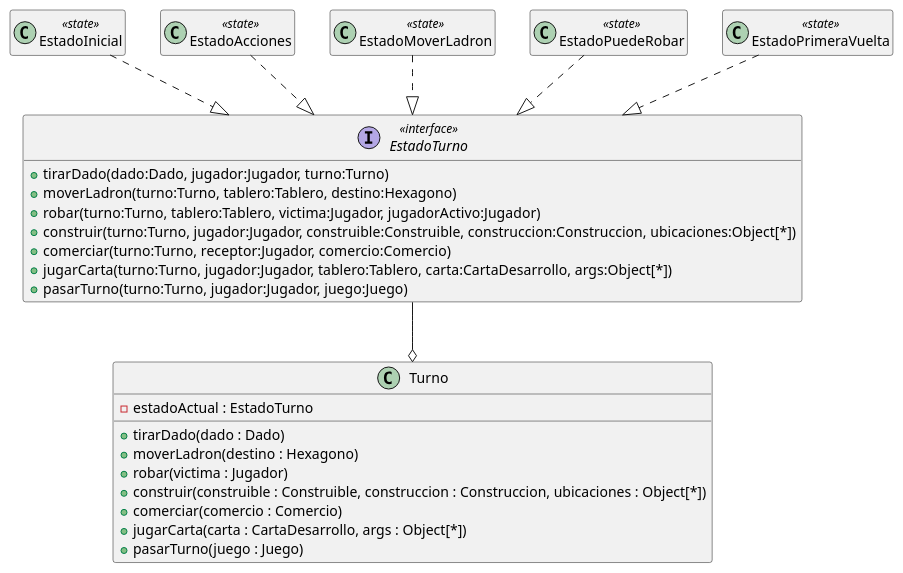
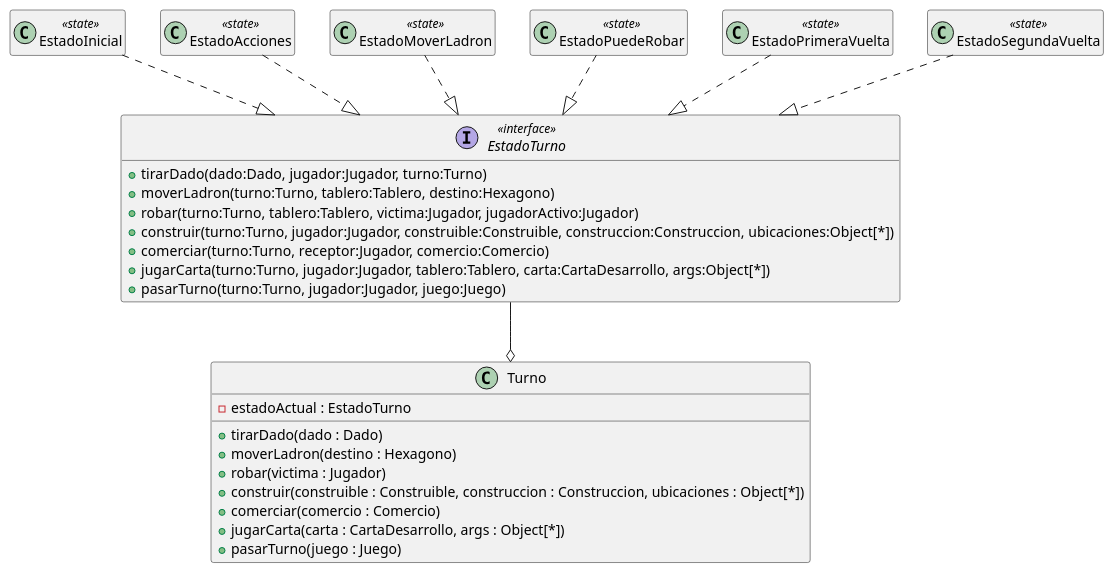
Before and after one commit to alejandrodelcs/tp2-algo3: the diagram in diagrams/classes/dc-turno-state.puml, drawn with PlantUML. The commit also changed 4 other files, not shown here.

```diff
--- a/diagrams/classes/dc-turno-state.puml
+++ b/diagrams/classes/dc-turno-state.puml
@@ -1,46 +1,47 @@
 @startuml
 
 hide empty members
 
 
 
 class Turno {
     - estadoActual : EstadoTurno
     + tirarDado(dado : Dado)
     + moverLadron(destino : Hexagono)
     + robar(victima : Jugador)
     + construir(construible : Construible, construccion : Construccion, ubicaciones : Object[*])
     + comerciar(comercio : Comercio)
     + jugarCarta(carta : CartaDesarrollo, args : Object[*])
     + pasarTurno(juego : Juego)
 }
 
 
 
 interface EstadoTurno <<interface>> {
     + tirarDado(dado:Dado, jugador:Jugador, turno:Turno)
     + moverLadron(turno:Turno, tablero:Tablero, destino:Hexagono)
     + robar(turno:Turno, tablero:Tablero, victima:Jugador, jugadorActivo:Jugador)
     + construir(turno:Turno, jugador:Jugador, construible:Construible, construccion:Construccion, ubicaciones:Object[*])
     + comerciar(turno:Turno, receptor:Jugador, comercio:Comercio)
     + jugarCarta(turno:Turno, jugador:Jugador, tablero:Tablero, carta:CartaDesarrollo, args:Object[*])
     + pasarTurno(turno:Turno, jugador:Jugador, juego:Juego)
 }
 
 
 class EstadoInicial <<state>>
 class EstadoAcciones <<state>>
 class EstadoMoverLadron <<state>>
 class EstadoPuedeRobar <<state>>
 class EstadoPrimeraVuelta <<state>>
-
+class EstadoSegundaVuelta <<state>>
 
 EstadoTurno --o Turno
 
 EstadoInicial ..|> EstadoTurno
 EstadoAcciones ..|> EstadoTurno
 EstadoMoverLadron ..|> EstadoTurno
 EstadoPuedeRobar ..|> EstadoTurno
 EstadoPrimeraVuelta ..|> EstadoTurno
+EstadoSegundaVuelta ..|> EstadoTurno
 
 @enduml
```
